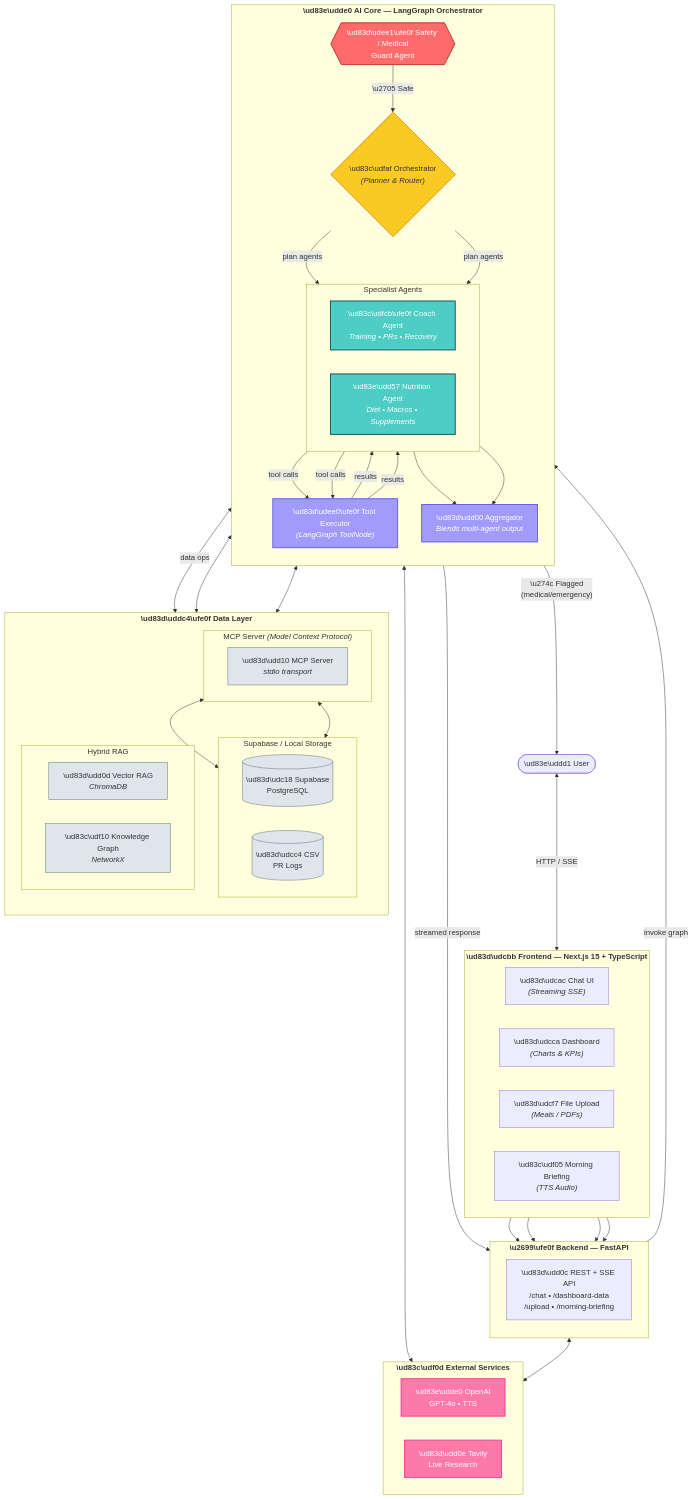
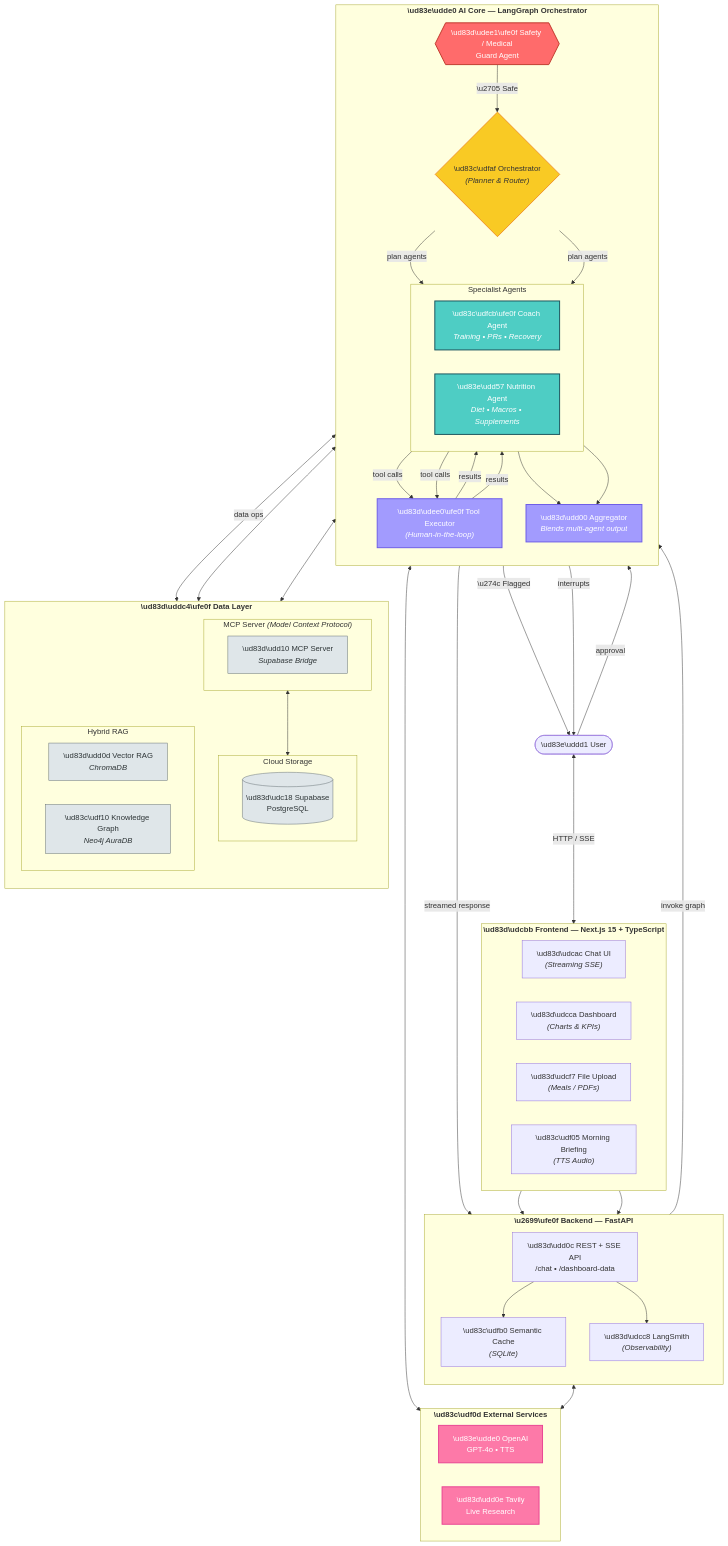
One commit to phungductung/ai-fitness-pal changed the diagram in README.md. Above: the diagram before and after it, drawn with Mermaid. The commit also changed other lines of this file, not shown here.

Commit message:
refactor: update architecture documentation to include Neo4j, semantic caching, LangSmith observability, and human-in-the-loop tool execution

````diff
--- a/README.md
+++ b/README.md
@@ -28,7 +29,9 @@
 
     subgraph Backend ["<b>\u2699\ufe0f Backend  &mdash;  FastAPI</b>"]
         direction TB
-        API["\ud83d\udd0c REST + SSE API<br/>/chat &bull; /dashboard-data<br/>/upload &bull; /morning-briefing"]
+        API["\ud83d\udd0c REST + SSE API<br/>/chat &bull; /dashboard-data"]
+        Cache["\ud83c\udfb0 Semantic Cache<br/><i>(SQLite)</i>"]
+        Tracing["\ud83d\udcc8 LangSmith<br/><i>(Observability)</i>"]
     end
 
     subgraph LangGraph ["<b>\ud83e\udde0 AI Core  &mdash;  LangGraph Orchestrator</b>"]
@@ -44,7 +47,7 @@
             Nutrition["\ud83e\udd57 Nutrition Agent<br/><i>Diet &bull; Macros &bull; Supplements</i>"]
         end
 
-        ToolNode["\ud83d\udee0\ufe0f Tool Executor<br/><i>(LangGraph ToolNode)</i>"]
+        ToolNode["\ud83d\udee0\ufe0f Tool Executor<br/><i>(Human-in-the-loop)</i>"]
         Aggregator["\ud83d\udd00 Aggregator<br/><i>Blends multi-agent output</i>"]
     end
 
@@ -53,19 +56,18 @@
 
         subgraph MCP ["MCP Server  <i>(Model Context Protocol)</i>"]
             direction LR
-            MCPServer["\ud83d\udd10 MCP Server<br/><i>stdio transport</i>"]
+            MCPServer["\ud83d\udd10 MCP Server<br/><i>Supabase Bridge</i>"]
         end
 
-        subgraph Storage ["Supabase / Local Storage"]
+        subgraph Storage ["Cloud Storage"]
             direction LR
             Supabase[("\ud83d\udc18 Supabase<br/>PostgreSQL")]
-            CSV[("\ud83d\udcc4 CSV<br/>PR Logs")]
         end
 
         subgraph RAG ["Hybrid RAG"]
             direction LR
             VectorRAG["\ud83d\udd0d Vector RAG<br/><i>ChromaDB</i>"]
-            GraphRAG["\ud83c\udf10 Knowledge Graph<br/><i>NetworkX</i>"]
+            GraphRAG["\ud83c\udf10 Knowledge Graph<br/><i>Neo4j AuraDB</i>"]
         end
     end
 
@@ -79,12 +81,12 @@
     User <-->|"HTTP / SSE"| Frontend
     Chat --> API
     Dashboard --> API
-    Upload --> API
-    Briefing --> API
-
+    
+    API --> Cache
+    API --> Tracing
     API -->|"invoke graph"| SafetyGuard
 
-    SafetyGuard -->|"\u274c Flagged<br/>(medical/emergency)"| User
+    SafetyGuard -->|"\u274c Flagged"| User
     SafetyGuard -->|"\u2705 Safe"| Orchestrator
 
     Orchestrator -->|"plan agents"| Coach
@@ -92,6 +94,8 @@
 
     Coach -->|"tool calls"| ToolNode
     Nutrition -->|"tool calls"| ToolNode
+    ToolNode -->|"interrupts"| User
+    User -->|"approval"| ToolNode
     ToolNode -->|"results"| Coach
     ToolNode -->|"results"| Nutrition
 
@@ -101,7 +105,6 @@
 
     ToolNode <-->|"data ops"| MCPServer
     MCPServer <--> Supabase
-    MCPServer <--> CSV
     ToolNode <--> VectorRAG
     ToolNode <--> GraphRAG
     ToolNode <--> Tavily
@@ -119,6 +122,6 @@
     class Coach,Nutrition agent
     class Orchestrator orch
     class ToolNode,Aggregator tool
-    class MCPServer,Supabase,CSV,VectorRAG,GraphRAG data
+    class MCPServer,Supabase,VectorRAG,GraphRAG data
     class OpenAI,Tavily ext
 ```
````
